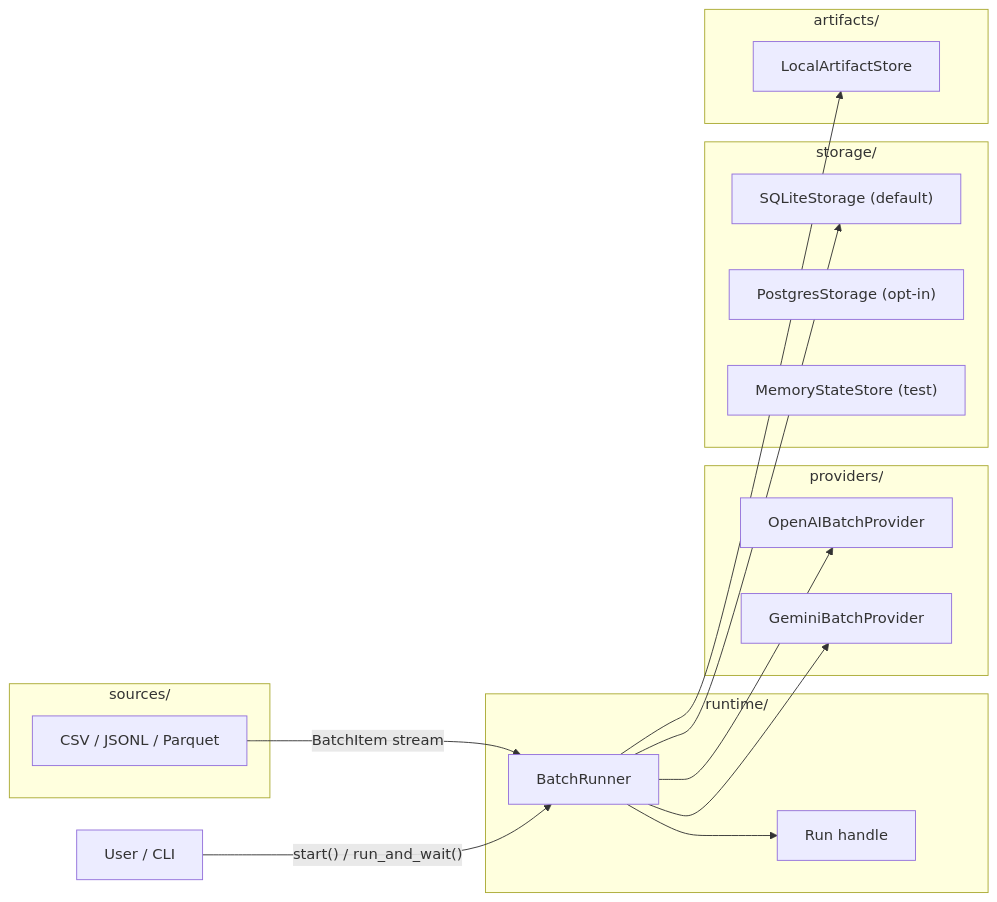
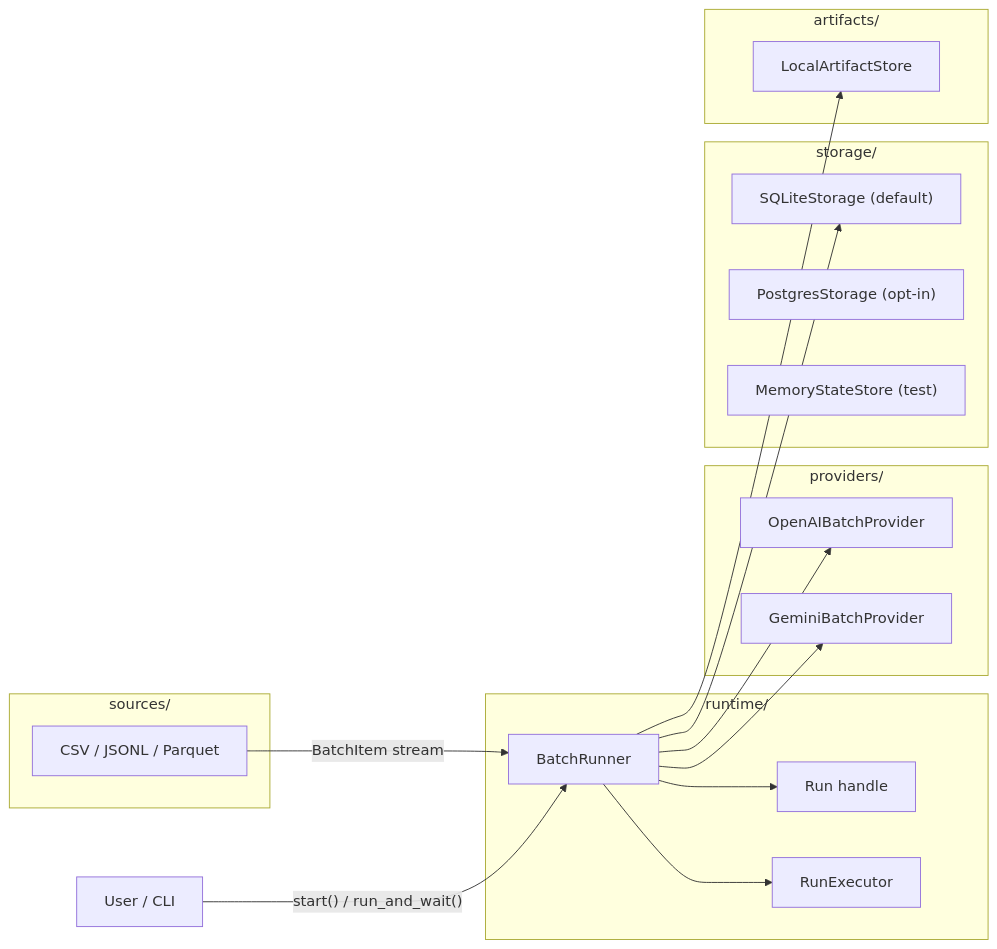
Before and after one commit to AnsonDev42/batchor: the first of 2 diagrams in README.md, drawn with Mermaid. The commit also changed other lines of this file and 15 other files, not shown here.

````diff
--- a/README.md
+++ b/README.md
@@ -85,36 +93,38 @@
 ```mermaid
 graph LR
     User["User / CLI"]
 
     subgraph runtime["runtime/"]
         BatchRunner
         Run["Run handle"]
+        Executor["RunExecutor"]
     end
 
     subgraph providers["providers/"]
         OpenAI["OpenAIBatchProvider"]
         Gemini["GeminiBatchProvider"]
     end
 
     subgraph sources["sources/"]
         Files["CSV / JSONL / Parquet"]
     end
 
     subgraph storage["storage/"]
         SQLite["SQLiteStorage (default)"]
         Postgres["PostgresStorage (opt-in)"]
         Memory["MemoryStateStore (test)"]
     end
 
     subgraph artifacts["artifacts/"]
         LocalFS["LocalArtifactStore"]
     end
 
     User -->|"start() / run_and_wait()"| BatchRunner
     BatchRunner --> Run
+    BatchRunner --> Executor
     BatchRunner --> OpenAI
     BatchRunner --> Gemini
     BatchRunner --> SQLite
     BatchRunner --> LocalFS
     Files -->|"BatchItem stream"| BatchRunner
 ```
````
